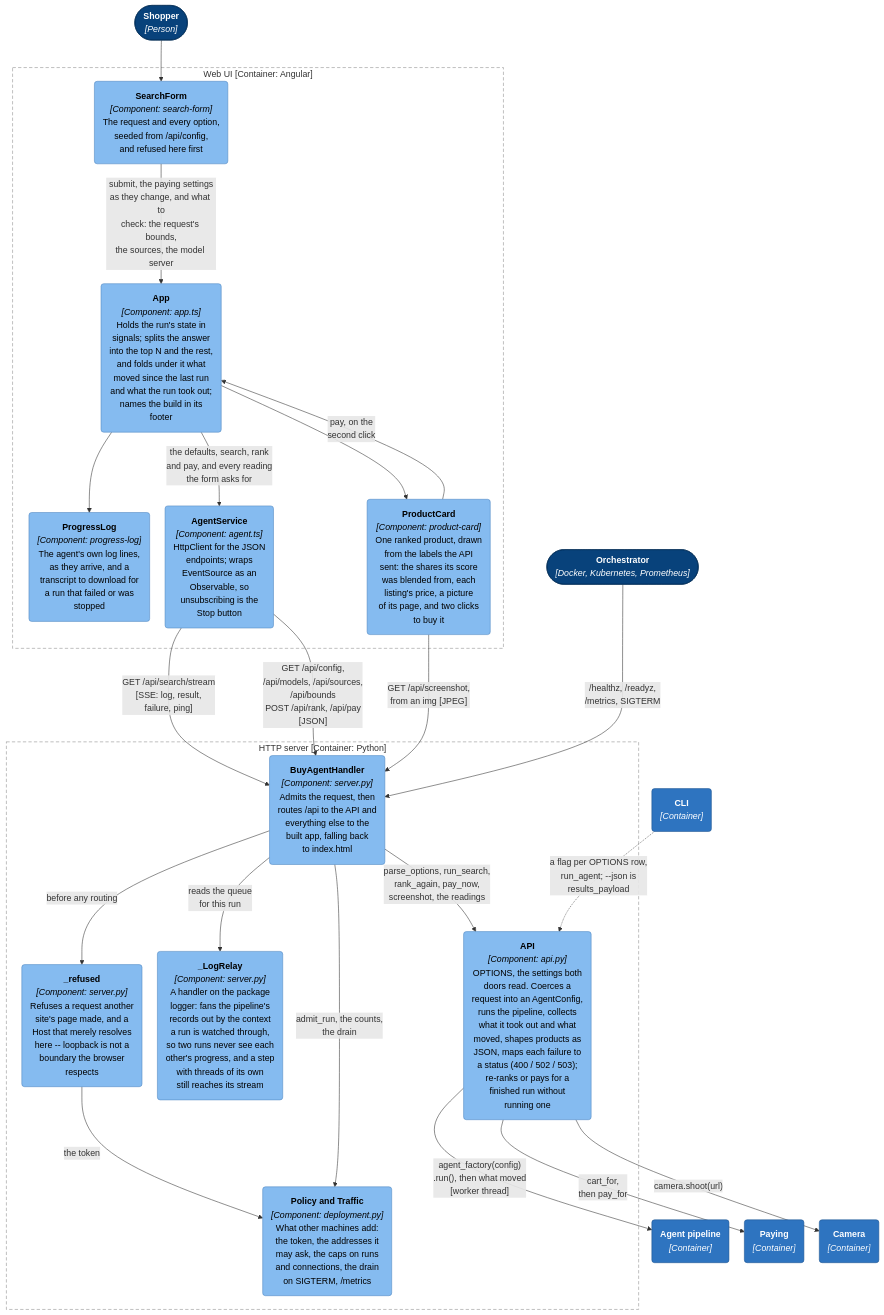
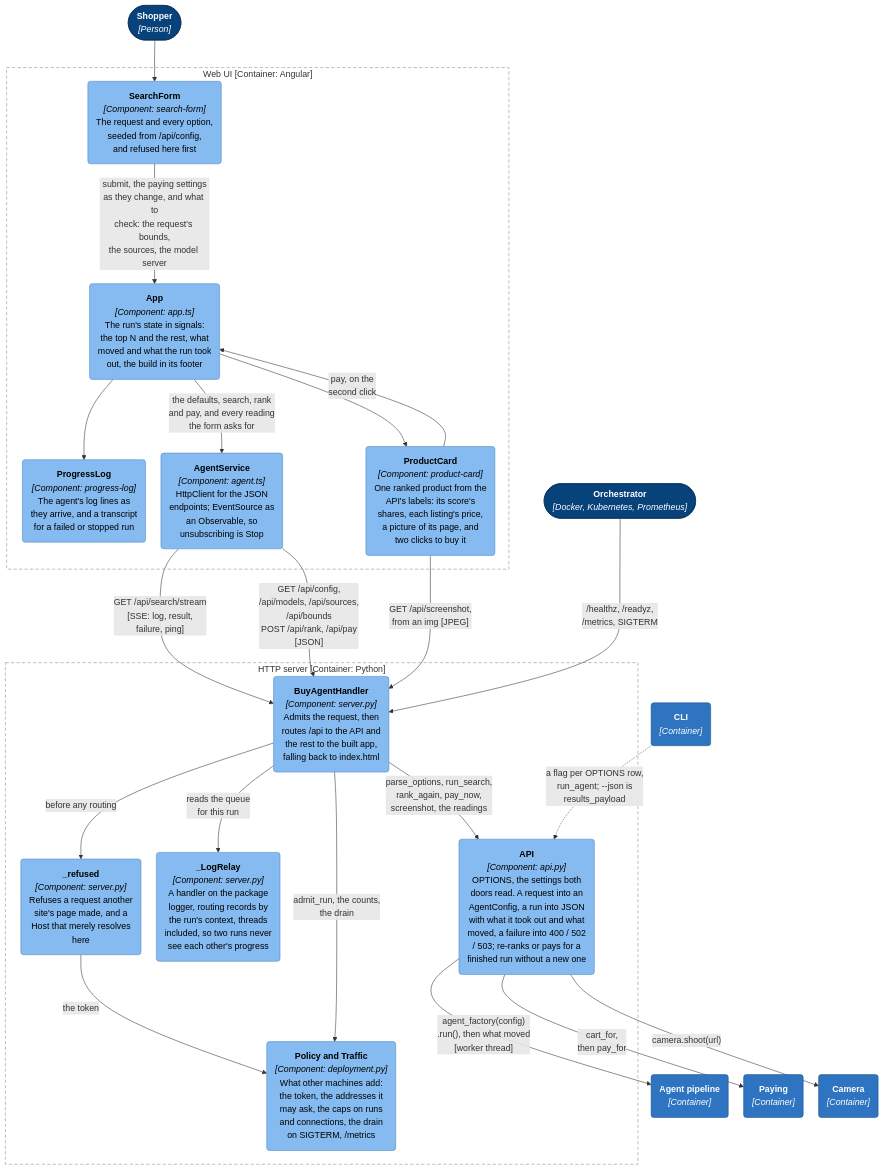
One commit to adamw7/buy_agent changed the ninth of 11 diagrams in docs/architecture.md. Above: the diagram before and after it, drawn with Mermaid. The commit also changed other lines of this file and 6 other files, not shown here.

````diff
--- a/docs/architecture.md
+++ b/docs/architecture.md
@@ -471,63 +458,63 @@
 ```mermaid
 ---
 config:
   flowchart:
     wrappingWidth: 400
     nodeSpacing: 28
     rankSpacing: 50
 ---
 graph TB
     browserUser(["<b>Shopper</b><br/><i>[Person]</i>"])
     operator(["<b>Orchestrator</b><br/><i>[Docker, Kubernetes, Prometheus]</i>"])
 
     subgraph spa["Web UI [Container: Angular]"]
         form("<b>SearchForm</b><br/><i>[Component: search-form]</i><br/>The request and every option,<br/>seeded from /api/config,<br/>and refused here first")
-        app("<b>App</b><br/><i>[Component: app.ts]</i><br/>Holds the run's state in<br/>signals; splits the answer<br/>into the top N and the rest,<br/>and folds under it what<br/>moved since the last run<br/>and what the run took out;<br/>names the build in its<br/>footer")
-        log("<b>ProgressLog</b><br/><i>[Component: progress-log]</i><br/>The agent's own log lines,<br/>as they arrive, and a<br/>transcript to download for<br/>a run that failed or was<br/>stopped")
-        card("<b>ProductCard</b><br/><i>[Component: product-card]</i><br/>One ranked product, drawn<br/>from the labels the API<br/>sent: the shares its score<br/>was blended from, each<br/>listing's price, a picture<br/>of its page, and two clicks<br/>to buy it")
-        agentsvc("<b>AgentService</b><br/><i>[Component: agent.ts]</i><br/>HttpClient for the JSON<br/>endpoints; wraps<br/>EventSource as an<br/>Observable, so<br/>unsubscribing is the<br/>Stop button")
+        app("<b>App</b><br/><i>[Component: app.ts]</i><br/>The run's state in signals:<br/>the top N and the rest, what<br/>moved and what the run took<br/>out, the build in its footer")
+        log("<b>ProgressLog</b><br/><i>[Component: progress-log]</i><br/>The agent's log lines as<br/>they arrive, and a transcript<br/>for a failed or stopped run")
+        card("<b>ProductCard</b><br/><i>[Component: product-card]</i><br/>One ranked product from the<br/>API's labels: its score's<br/>shares, each listing's price,<br/>a picture of its page, and<br/>two clicks to buy it")
+        agentsvc("<b>AgentService</b><br/><i>[Component: agent.ts]</i><br/>HttpClient for the JSON<br/>endpoints; EventSource as<br/>an Observable, so<br/>unsubscribing is Stop")
     end
 
     subgraph srv["HTTP server [Container: Python]"]
-        handler("<b>BuyAgentHandler</b><br/><i>[Component: server.py]</i><br/>Admits the request, then<br/>routes /api to the API and<br/>everything else to the<br/>built app, falling back<br/>to index.html")
-        guard("<b>_refused</b><br/><i>[Component: server.py]</i><br/>Refuses a request another<br/>site's page made, and a<br/>Host that merely resolves<br/>here -- loopback is not a<br/>boundary the browser<br/>respects")
-        relay("<b>_LogRelay</b><br/><i>[Component: server.py]</i><br/>A handler on the package<br/>logger: fans the pipeline's<br/>records out by the context<br/>a run is watched through,<br/>so two runs never see each<br/>other's progress, and a step<br/>with threads of its own<br/>still reaches its stream")
+        handler("<b>BuyAgentHandler</b><br/><i>[Component: server.py]</i><br/>Admits the request, then<br/>routes /api to the API and<br/>the rest to the built app,<br/>falling back to index.html")
+        guard("<b>_refused</b><br/><i>[Component: server.py]</i><br/>Refuses a request another<br/>site's page made, and a<br/>Host that merely resolves<br/>here")
+        relay("<b>_LogRelay</b><br/><i>[Component: server.py]</i><br/>A handler on the package<br/>logger, routing records by<br/>the run's context, threads<br/>included, so two runs never<br/>see each other's progress")
         deploy("<b>Policy and Traffic</b><br/><i>[Component: deployment.py]</i><br/>What other machines add:<br/>the token, the addresses it<br/>may ask, the caps on runs<br/>and connections, the drain<br/>on SIGTERM, /metrics")
-        api("<b>API</b><br/><i>[Component: api.py]</i><br/>OPTIONS, the settings both<br/>doors read. Coerces a<br/>request into an AgentConfig,<br/>runs the pipeline, collects<br/>what it took out and what<br/>moved, shapes products as<br/>JSON, maps each failure to<br/>a status (400 / 502 / 503);<br/>re-ranks or pays for a<br/>finished run without<br/>running one")
+        api("<b>API</b><br/><i>[Component: api.py]</i><br/>OPTIONS, the settings both<br/>doors read. A request into an<br/>AgentConfig, a run into JSON<br/>with what it took out and what<br/>moved, a failure into 400 / 502<br/>/ 503; re-ranks or pays for a<br/>finished run without a new one")
     end
 
     cli("<b>CLI</b><br/><i>[Container]</i>")
     agentpipeline("<b>Agent pipeline</b><br/><i>[Container]</i>")
     paying("<b>Paying</b><br/><i>[Container]</i>")
     camera("<b>Camera</b><br/><i>[Container]</i>")
 
     browserUser --> form
     form -->|"submit, the paying settings<br/>as they change, and what to<br/>check: the request's bounds,<br/>the sources, the model server"| app
     app --> log
     app --> card
     card -->|"pay, on the<br/>second click"| app
     app -->|"the defaults, search, rank<br/>and pay, and every reading<br/>the form asks for"| agentsvc
     agentsvc -->|"GET /api/search/stream<br/>[SSE: log, result,<br/>failure, ping]"| handler
     agentsvc -->|"GET /api/config,<br/>/api/models, /api/sources,<br/>/api/bounds<br/>POST /api/rank, /api/pay<br/>[JSON]"| handler
     card -->|"GET /api/screenshot,<br/>from an img [JPEG]"| handler
 
     handler -->|"before any routing"| guard
     guard -->|"the token"| deploy
     handler -->|"admit_run, the counts,<br/>the drain"| deploy
     operator -->|"/healthz, /readyz,<br/>/metrics, SIGTERM"| handler
     handler -->|"parse_options, run_search,<br/>rank_again, pay_now,<br/>screenshot, the readings"| api
     handler -->|"reads the queue<br/>for this run"| relay
     cli -.->|"a flag per OPTIONS row,<br/>run_agent; --json is<br/>results_payload"| api
     api -->|"agent_factory(config)<br/>.run(), then what moved<br/>[worker thread]"| agentpipeline
     api -->|"cart_for,<br/>then pay_for"| paying
     api -->|"camera.shoot(url)"| camera
 
     classDef person fill:#08427b,stroke:#052e56,color:#fff
     classDef container fill:#2e74c0,stroke:#1d5390,color:#fff
     classDef component fill:#85bbf0,stroke:#4f86c0,color:#000
     class browserUser,operator person
     class cli,agentpipeline,paying,camera container
     class app,form,log,card,agentsvc,handler,guard,relay,deploy,api component
     style spa fill:none,stroke:#8c8c8c,stroke-width:1px,stroke-dasharray:6 4
     style srv fill:none,stroke:#8c8c8c,stroke-width:1px,stroke-dasharray:6 4
 ```
````
